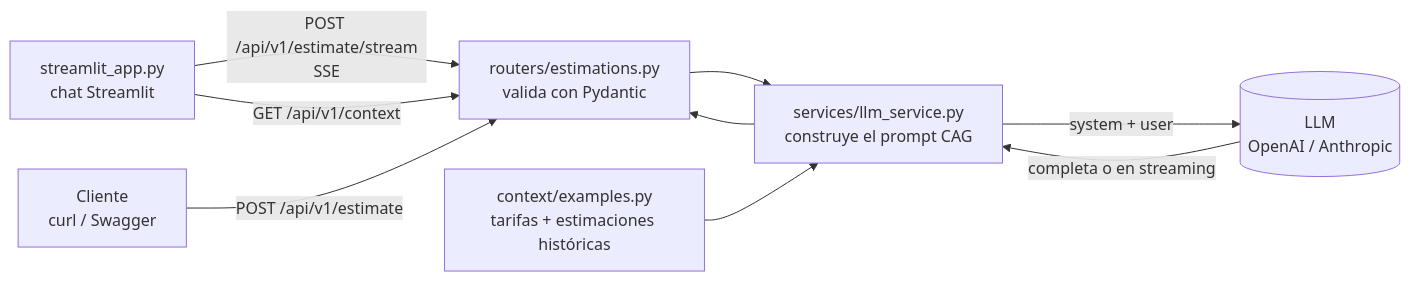
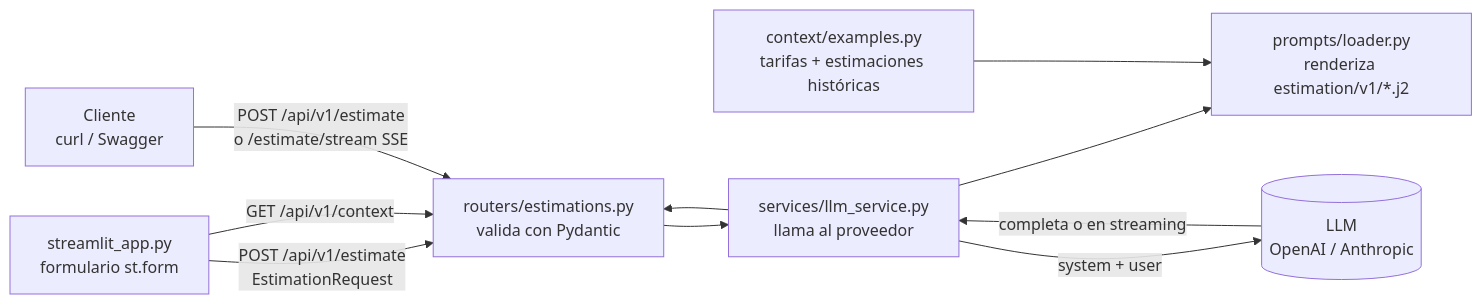
Before and after one commit to edutorres18/AIEngineering202609: the diagram in estimador-cag/README.md, drawn with Mermaid. The commit also changed other lines of this file and 24 other files, not shown here.

````diff
--- a/estimador-cag/README.md
+++ b/estimador-cag/README.md
@@ -18,11 +66,12 @@
 ```mermaid
 flowchart LR
-    U[streamlit_app.py<br/>chat Streamlit] -->|POST /api/v1/estimate/stream<br/>SSE| R
+    U[streamlit_app.py<br/>formulario st.form] -->|POST /api/v1/estimate<br/>EstimationRequest| R
     U -->|GET /api/v1/context| R
-    C[Cliente<br/>curl / Swagger] -->|POST /api/v1/estimate| R[routers/estimations.py<br/>valida con Pydantic]
-    R --> S[services/llm_service.py<br/>construye el prompt CAG]
-    X[context/examples.py<br/>tarifas + estimaciones históricas] --> S
+    C[Cliente<br/>curl / Swagger] -->|POST /api/v1/estimate<br/>o /estimate/stream SSE| R[routers/estimations.py<br/>valida con Pydantic]
+    R --> S[services/llm_service.py<br/>llama al proveedor]
+    S --> P[prompts/loader.py<br/>renderiza estimation/v1/*.j2]
+    X[context/examples.py<br/>tarifas + estimaciones históricas] --> P
     S -->|system + user| L[(LLM<br/>OpenAI / Anthropic)]
     L -->|completa o en streaming| S
     S --> R
 ```
````
